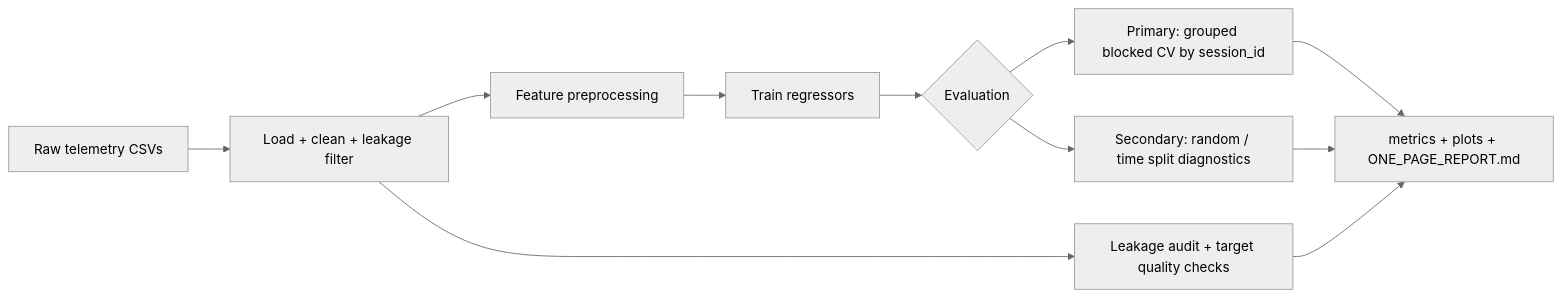
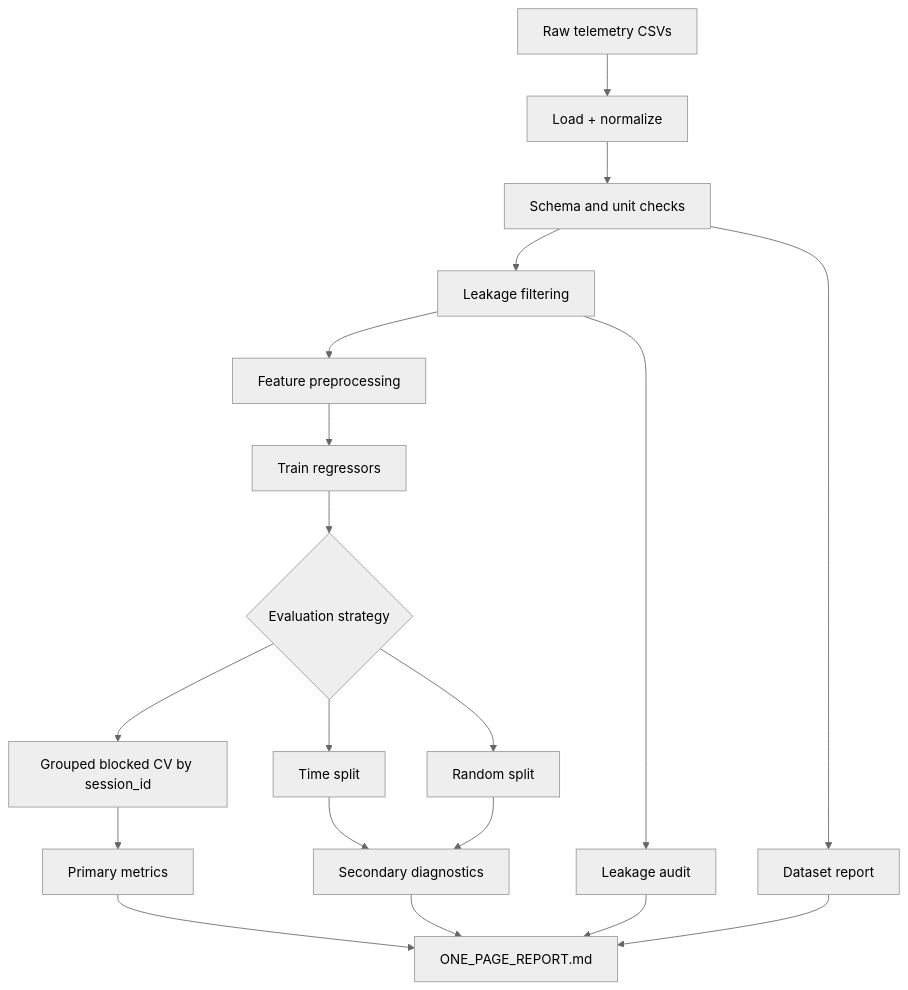
One commit to jas0nriverah/gpu-power-modeling changed the second of 2 diagrams in README.md. Above: the diagram before and after it, drawn with Mermaid (neutral theme). The commit also changed other lines of this file, not shown here.

````diff
--- a/README.md
+++ b/README.md
@@ -77,13 +131,24 @@
 ```mermaid
-flowchart LR
-    A[Raw telemetry CSVs] --> B[Load + clean + leakage filter]
-    B --> C[Feature preprocessing]
-    C --> D[Train regressors]
-    D --> E{Evaluation}
-    E --> F[Primary: grouped blocked CV by session_id]
-    E --> G[Secondary: random / time split diagnostics]
-    F --> H[metrics + plots + ONE_PAGE_REPORT.md]
-    G --> H
-    B --> I[Leakage audit + target quality checks]
-    I --> H
+flowchart TD
+    A[Raw telemetry CSVs] --> B[Load + normalize]
+    B --> C[Schema and unit checks]
+    C --> D[Leakage filtering]
+    D --> E[Feature preprocessing]
+    E --> F[Train regressors]
+
+    F --> G{Evaluation strategy}
+    G --> H[Grouped blocked CV by session_id]
+    G --> I[Time split]
+    G --> J[Random split]
+
+    H --> K[Primary metrics]
+    I --> L[Secondary diagnostics]
+    J --> L
+
+    C --> M[Dataset report]
+    D --> N[Leakage audit]
+    K --> O[ONE_PAGE_REPORT.md]
+    L --> O
+    M --> O
+    N --> O
 ```
````
